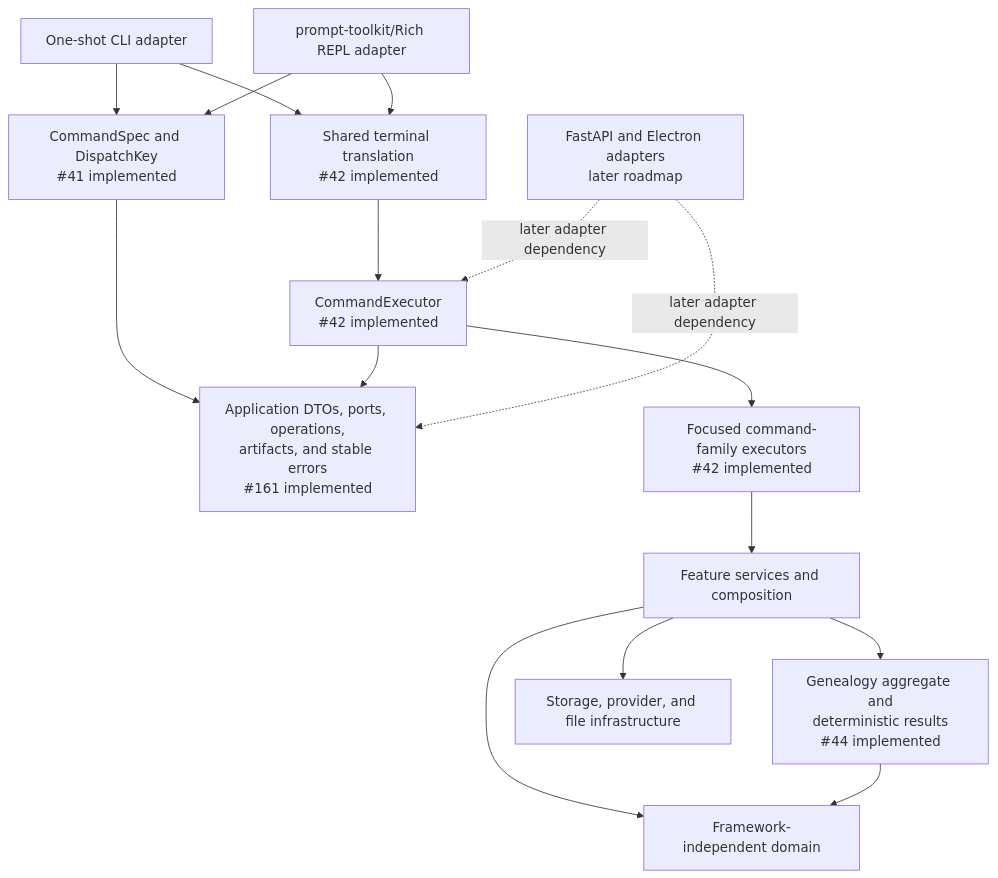
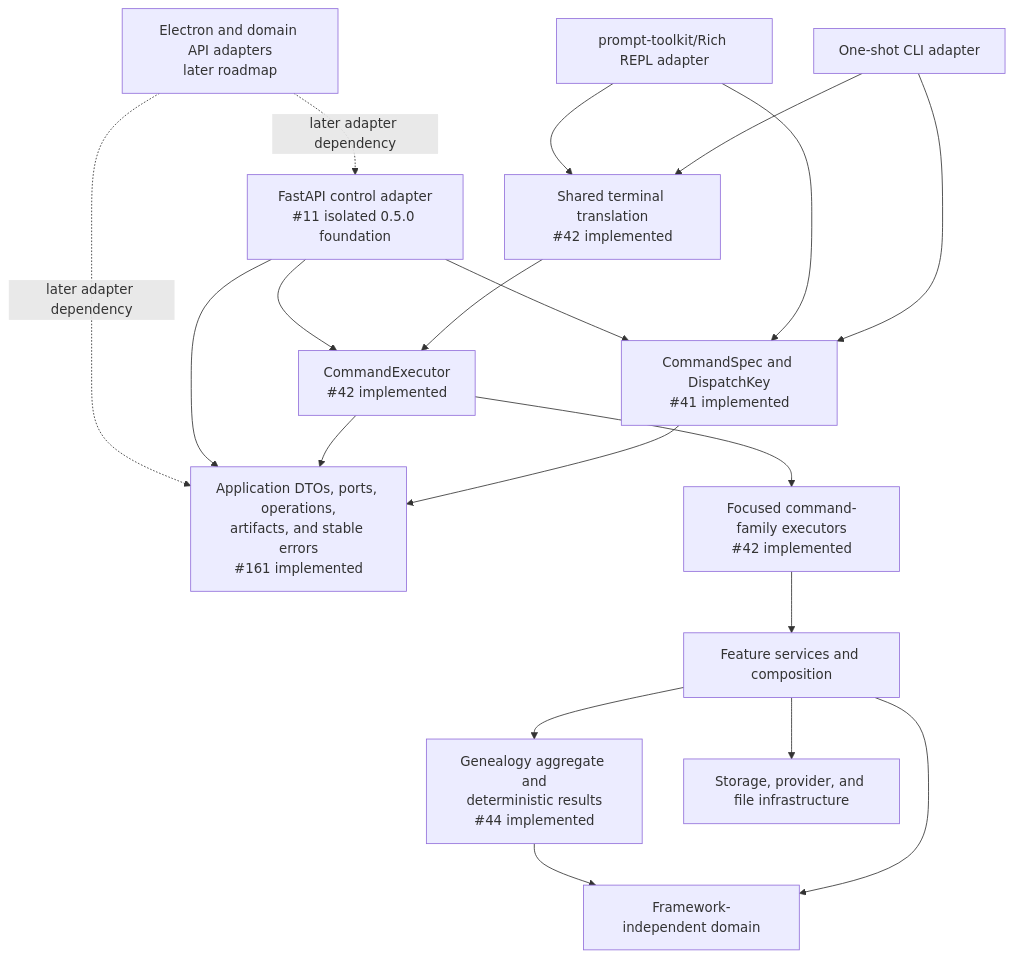
The diagram in docs/ARCHITECTURE_CONTRACTS.md (sodejm/AncestryLLM), drawn with Mermaid before and after one commit. The commit also changed other lines of this file and 24 other files, not shown here.

Commit message:
feat(api): add authenticated internal control foundation

````diff
--- a/docs/ARCHITECTURE_CONTRACTS.md
+++ b/docs/ARCHITECTURE_CONTRACTS.md
@@ -25,31 +27,35 @@
 ```mermaid
 flowchart TB
     CLI["One-shot CLI adapter"]
     REPL["prompt-toolkit/Rich REPL adapter"]
     Specs["CommandSpec and DispatchKey\n#41 implemented"]
     Contracts["Application DTOs, ports, operations,\nartifacts, and stable errors\n#161 implemented"]
     Terminal["Shared terminal translation\n#42 implemented"]
     Executor["CommandExecutor\n#42 implemented"]
     Handlers["Focused command-family executors\n#42 implemented"]
     Services["Feature services and composition"]
     Aggregate["Genealogy aggregate and\ndeterministic results\n#44 implemented"]
     Domain["Framework-independent domain"]
     Infra["Storage, provider, and file infrastructure"]
-    Future["FastAPI and Electron adapters\nlater roadmap"]
+    ControlAPI["FastAPI control adapter\n#11 isolated 0.5.0 foundation"]
+    Future["Electron and domain API adapters\nlater roadmap"]
 
     CLI --> Specs
     REPL --> Specs
     Specs --> Contracts
     CLI --> Terminal
     REPL --> Terminal
     Terminal --> Executor
     Executor --> Handlers
     Handlers --> Services
     Executor --> Contracts
     Services --> Domain
     Services --> Infra
     Services --> Aggregate
     Aggregate --> Domain
+    ControlAPI --> Specs
+    ControlAPI --> Contracts
+    ControlAPI --> Executor
+    Future -. "later adapter dependency" .-> ControlAPI
     Future -. "later adapter dependency" .-> Contracts
-    Future -. "later adapter dependency" .-> Executor
 ```
````
